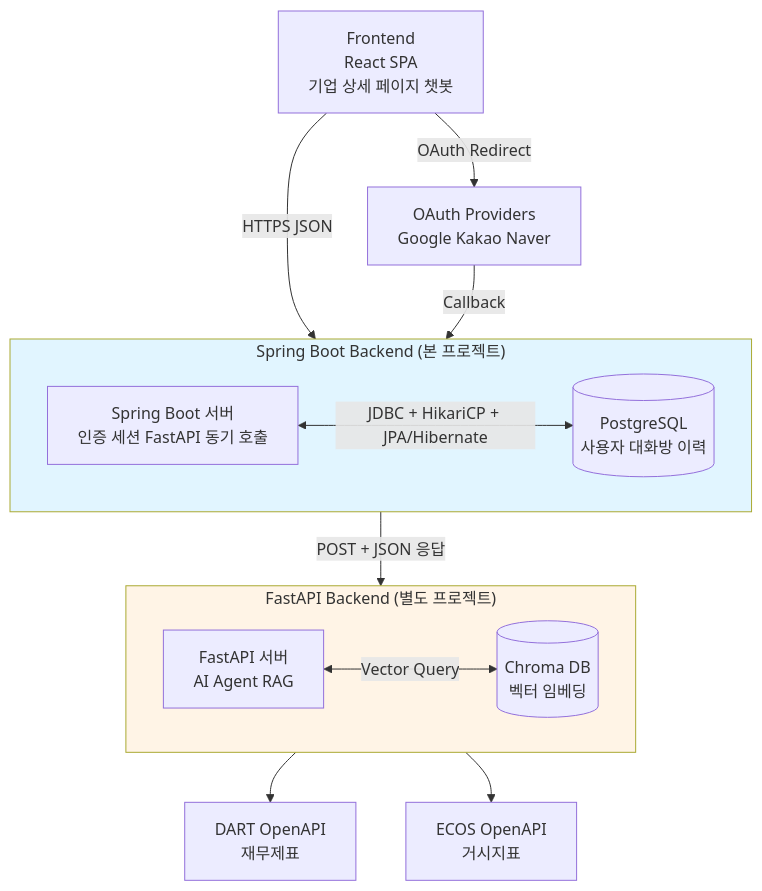
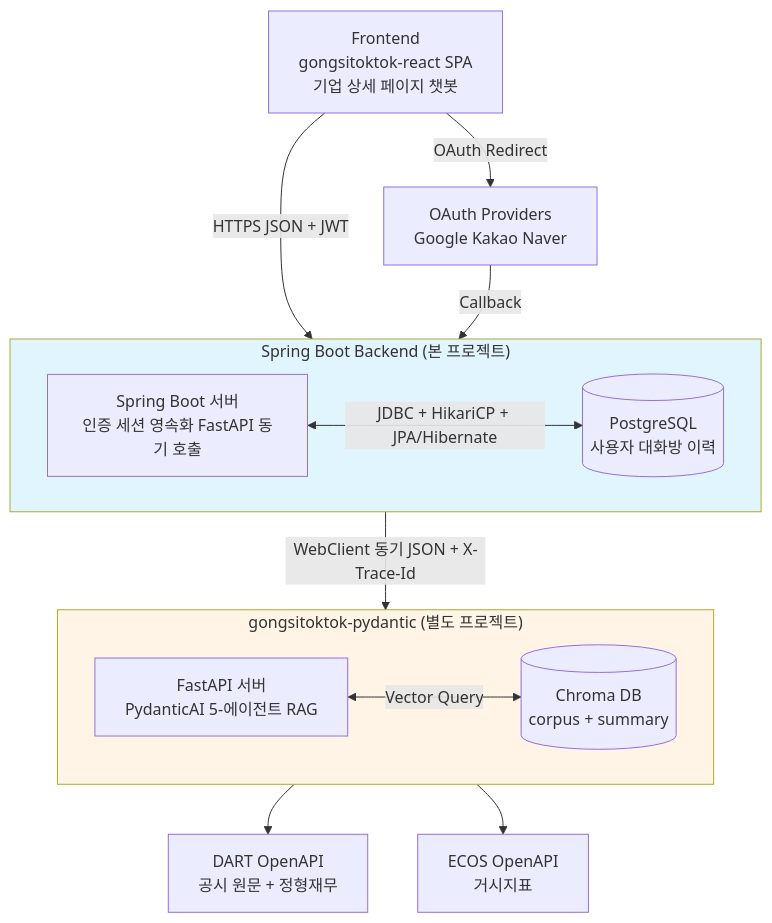
Before and after one commit to jaymunsh/sesac-gongsitoktok-spring: the diagram in README.md, drawn with Mermaid. The commit also changed other lines of this file, not shown here.

First line of the commit message:
docs: README 전면 재작성 — v2 현행화 (endpoint 20개·PydanticAI·보고서 링크)

````diff
--- a/README.md
+++ b/README.md
@@ -13,34 +15,34 @@
 ```mermaid
 flowchart TB
-    Front[Frontend<br/>React SPA<br/>기업 상세 페이지 챗봇]
+    Front[Frontend<br/>gongsitoktok-react SPA<br/>기업 상세 페이지 챗봇]
 
     subgraph SpringTier["Spring Boot Backend (본 프로젝트)"]
         direction LR
-        Spring[Spring Boot 서버<br/>인증 세션 FastAPI 동기 호출]
+        Spring[Spring Boot 서버<br/>인증 세션 영속화 FastAPI 동기 호출]
         PG[(PostgreSQL<br/>사용자 대화방 이력)]
     end
 
-    subgraph FastTier["FastAPI Backend (별도 프로젝트)"]
+    subgraph AITier["gongsitoktok-pydantic (별도 프로젝트)"]
         direction LR
-        Fast[FastAPI 서버<br/>AI Agent RAG]
-        Chroma[(Chroma DB<br/>벡터 임베딩)]
+        Fast[FastAPI 서버<br/>PydanticAI 5-에이전트 RAG]
+        Chroma[(Chroma DB<br/>corpus + summary)]
     end
 
     OAuth[OAuth Providers<br/>Google Kakao Naver]
-    DART[DART OpenAPI<br/>재무제표]
+    DART[DART OpenAPI<br/>공시 원문 + 정형재무]
     ECOS[ECOS OpenAPI<br/>거시지표]
 
-    Front -->|HTTPS JSON| Spring
+    Front -->|HTTPS JSON + JWT| Spring
     Front -->|OAuth Redirect| OAuth
     OAuth -->|Callback| Spring
 
     Spring <-->|JDBC + HikariCP + JPA/Hibernate| PG
-    Spring -->|POST + JSON 응답| Fast
+    Spring -->|WebClient 동기 JSON + X-Trace-Id| Fast
 
     Fast <-->|Vector Query| Chroma
     Fast --> DART
     Fast --> ECOS
 
     style SpringTier fill:#e1f5ff
-    style FastTier fill:#fff4e6
+    style AITier fill:#fff4e6
 ```
````
